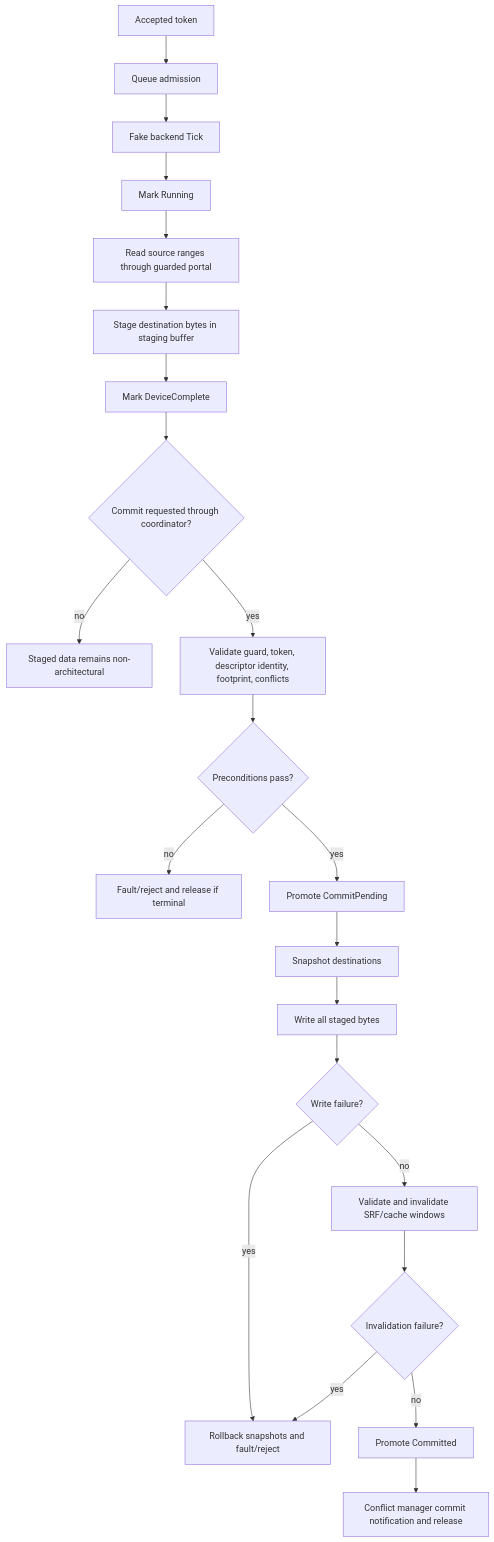
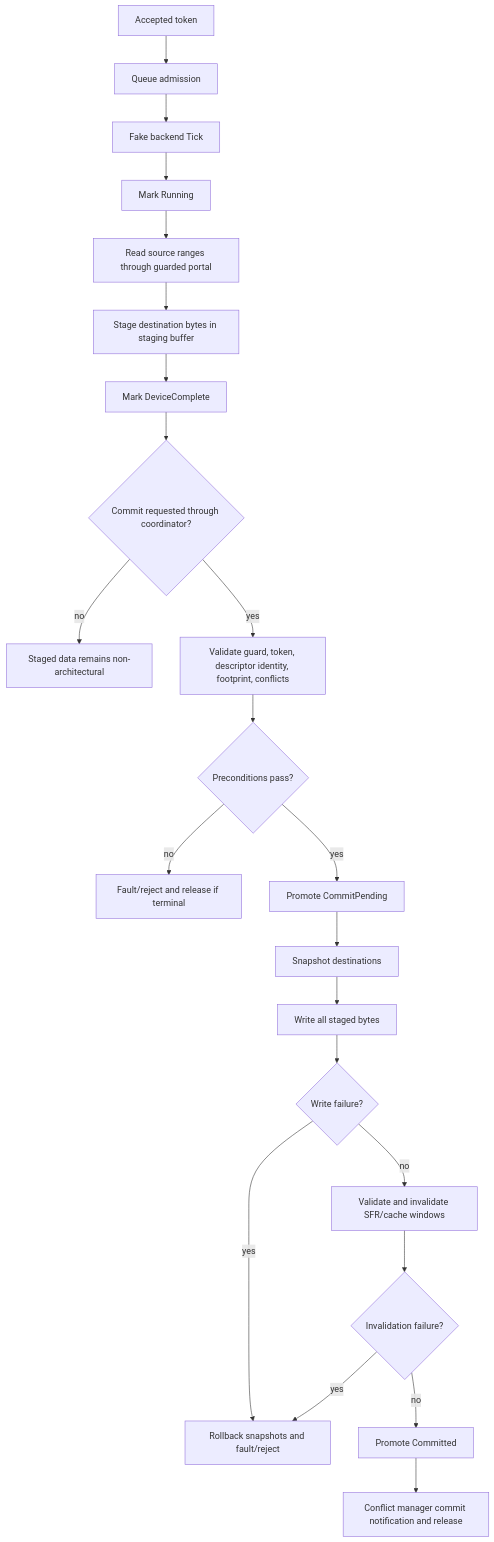
The diagram in Documentation/Stream WhiteBook/ExternalAccelerators/Diagrams/04_Backend_Staging_Commit.md (yuriyyak23/HybridCPU-v2), drawn with Mermaid before and after one commit. The commit also changed other lines of this file and 315 other files, not shown here.

````diff
--- a/Documentation/Stream WhiteBook/ExternalAccelerators/Diagrams/04_Backend_Staging_Commit.md
+++ b/Documentation/Stream WhiteBook/ExternalAccelerators/Diagrams/04_Backend_Staging_Commit.md
@@ -10,24 +10,24 @@
 ```mermaid
 flowchart TD
     A["Accepted token"] --> B["Queue admission"]
     B --> C["Fake backend Tick"]
     C --> D["Mark Running"]
     D --> E["Read source ranges through guarded portal"]
     E --> F["Stage destination bytes in staging buffer"]
     F --> G["Mark DeviceComplete"]
     G --> H{"Commit requested through coordinator?"}
     H -- no --> I["Staged data remains non-architectural"]
     H -- yes --> J["Validate guard, token, descriptor identity, footprint, conflicts"]
     J --> K{"Preconditions pass?"}
     K -- no --> L["Fault/reject and release if terminal"]
     K -- yes --> M["Promote CommitPending"]
     M --> N["Snapshot destinations"]
     N --> O["Write all staged bytes"]
     O --> P{"Write failure?"}
     P -- yes --> Q["Rollback snapshots and fault/reject"]
-    P -- no --> S["Validate and invalidate SRF/cache windows"]
+    P -- no --> S["Validate and invalidate SFR/cache windows"]
     S --> T{"Invalidation failure?"}
     T -- yes --> Q
     T -- no --> R["Promote Committed"]
     R --> U["Conflict manager commit notification and release"]
 ```
````
